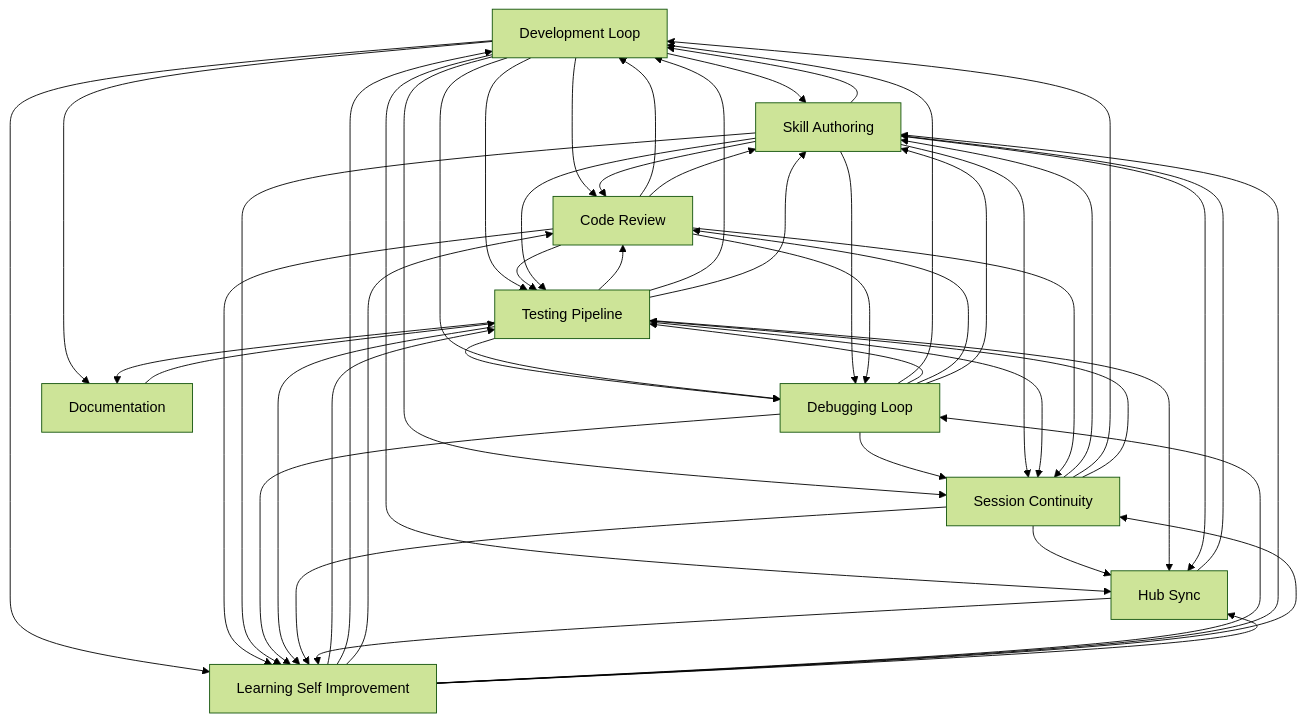
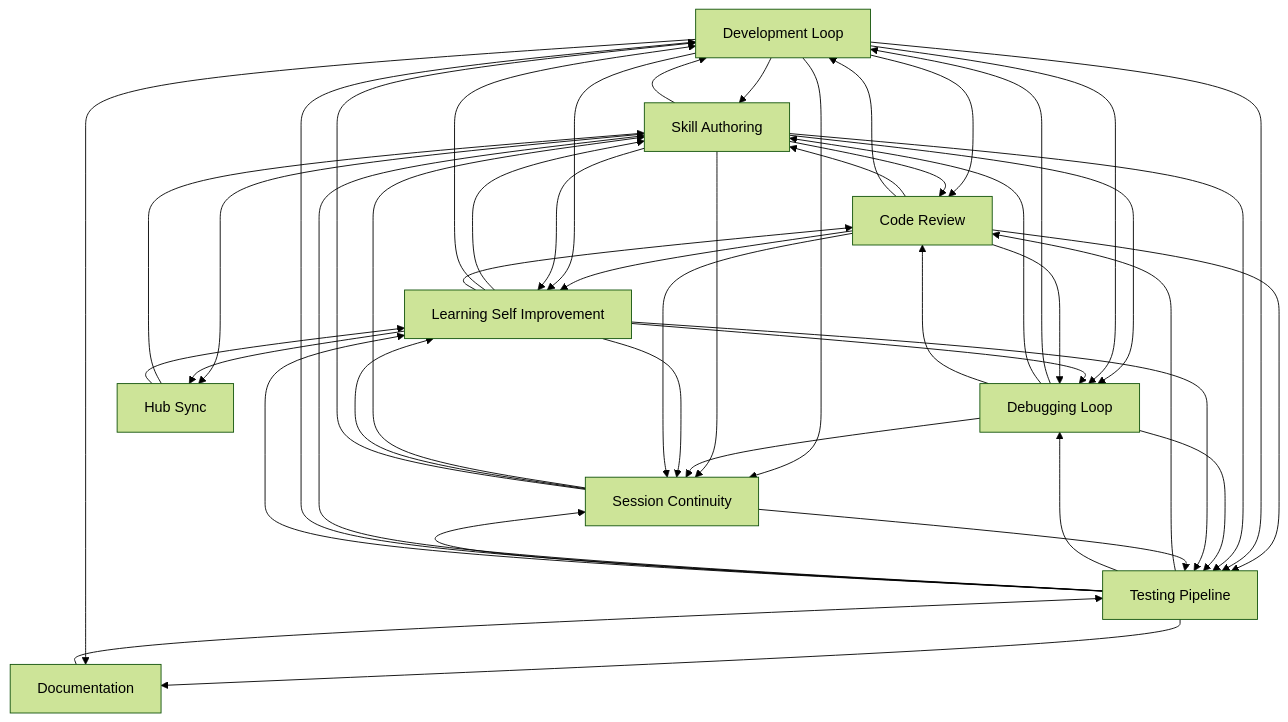
Before and after one commit to abhayla/claude-best-practices: the diagram in docs/workflows/INDEX.md, drawn with Mermaid (forest theme). The commit also changed other lines of this file and 11 other files, not shown here.

````diff
--- a/docs/workflows/INDEX.md
+++ b/docs/workflows/INDEX.md
@@ -21,62 +21,58 @@
 ```mermaid
 graph TD
     development_loop[Development Loop]
     testing_pipeline[Testing Pipeline]
     debugging_loop[Debugging Loop]
     learning_self_improvement[Learning Self Improvement]
     session_continuity[Session Continuity]
     skill_authoring[Skill Authoring]
     code_review[Code Review]
     documentation[Documentation]
     hub_sync[Hub Sync]
     documentation --> testing_pipeline
+    code_review --> skill_authoring
+    code_review --> development_loop
     development_loop --> skill_authoring
     development_loop --> code_review
-    code_review --> development_loop
-    code_review --> skill_authoring
+    code_review --> learning_self_improvement
+    code_review --> testing_pipeline
+    development_loop --> learning_self_improvement
     development_loop --> testing_pipeline
-    development_loop --> learning_self_improvement
-    code_review --> testing_pipeline
-    code_review --> learning_self_improvement
     testing_pipeline --> code_review
     testing_pipeline --> debugging_loop
+    testing_pipeline --> skill_authoring
     testing_pipeline --> development_loop
-    testing_pipeline --> skill_authoring
+    skill_authoring --> code_review
     skill_authoring --> development_loop
-    skill_authoring --> code_review
+    skill_authoring --> learning_self_improvement
     skill_authoring --> testing_pipeline
-    skill_authoring --> learning_self_improvement
     development_loop --> session_continuity
-    debugging_loop --> development_loop
-    debugging_loop --> session_continuity
     skill_authoring --> session_continuity
     testing_pipeline --> session_continuity
+    debugging_loop --> session_continuity
+    debugging_loop --> development_loop
+    skill_authoring --> debugging_loop
+    debugging_loop --> skill_authoring
+    debugging_loop --> code_review
     debugging_loop --> testing_pipeline
-    debugging_loop --> code_review
-    debugging_loop --> skill_authoring
     development_loop --> debugging_loop
-    skill_authoring --> debugging_loop
-    debugging_loop --> learning_self_improvement
-    testing_pipeline --> learning_self_improvement
-    learning_self_improvement --> testing_pipeline
+    learning_self_improvement --> skill_authoring
     learning_self_improvement --> development_loop
     learning_self_improvement --> code_review
     learning_self_improvement --> debugging_loop
-    learning_self_improvement --> skill_authoring
+    learning_self_improvement --> testing_pipeline
     code_review --> debugging_loop
+    learning_self_improvement --> session_continuity
     code_review --> session_continuity
-    learning_self_improvement --> session_continuity
-    development_loop --> hub_sync
+    testing_pipeline --> learning_self_improvement
     session_continuity --> skill_authoring
-    session_continuity --> hub_sync
     session_continuity --> learning_self_improvement
-    testing_pipeline --> hub_sync
-    learning_self_improvement --> hub_sync
+    testing_pipeline --> documentation
     development_loop --> documentation
-    testing_pipeline --> documentation
     session_continuity --> development_loop
     session_continuity --> testing_pipeline
     skill_authoring --> hub_sync
+    learning_self_improvement --> hub_sync
     hub_sync --> skill_authoring
     hub_sync --> learning_self_improvement
 ```
````
